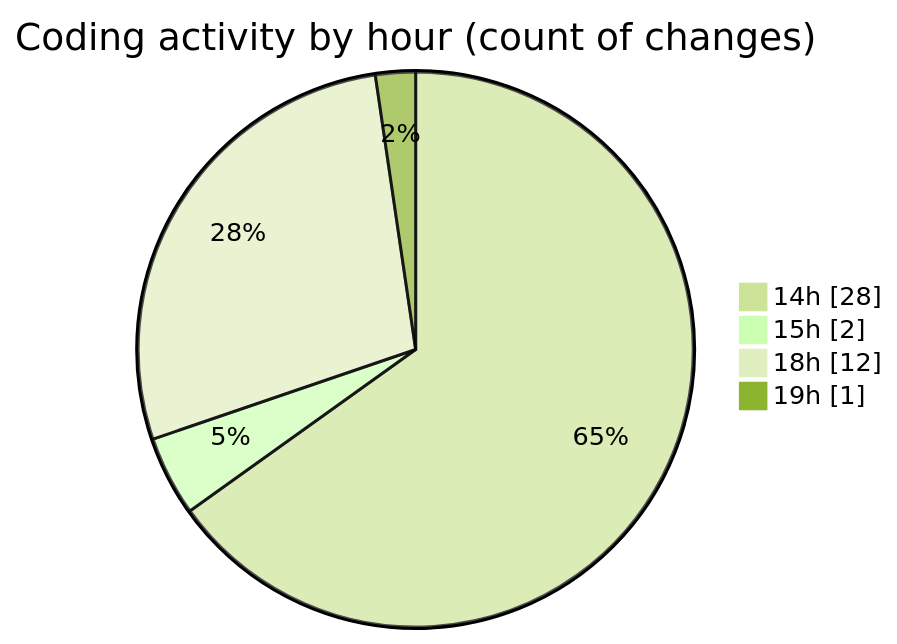
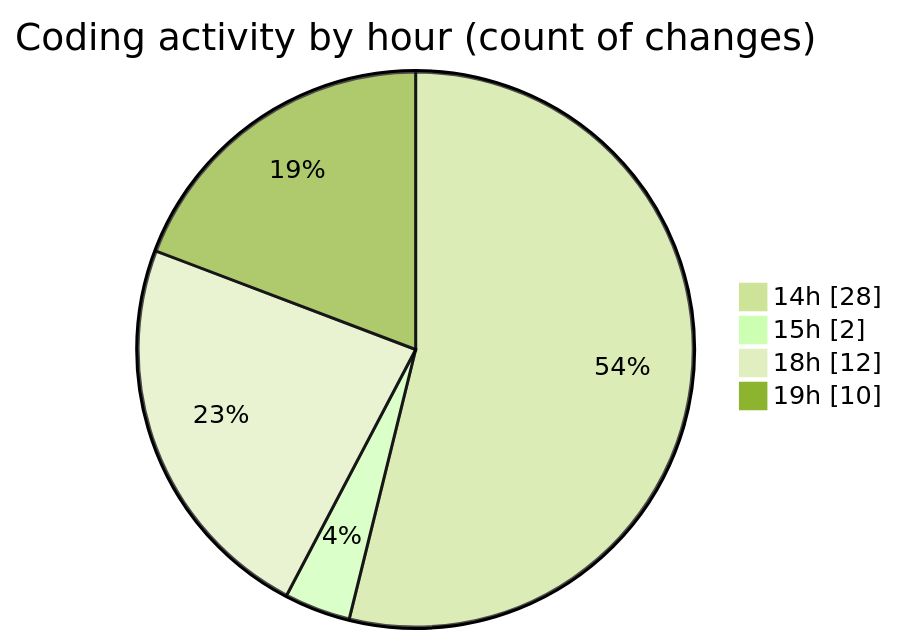
The second of 2 diagrams in 2025-10-31/weather_insights_app/README.md (donsfak/code-tracking), drawn with Mermaid (forest theme) before and after one commit. The commit also changed other lines of this file and 1 other file, not shown here.

````diff
--- a/2025-10-31/weather_insights_app/README.md
+++ b/2025-10-31/weather_insights_app/README.md
@@ -45,8 +49,8 @@
 ```mermaid
 pie showData
 title Coding activity by hour (count of changes)
 "14h" : 28
 "15h" : 2
 "18h" : 12
-"19h" : 1
+"19h" : 10
 ```
````
